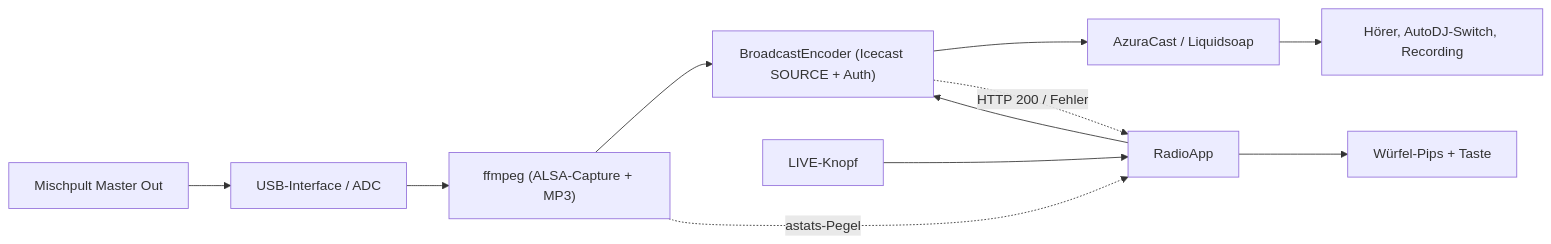
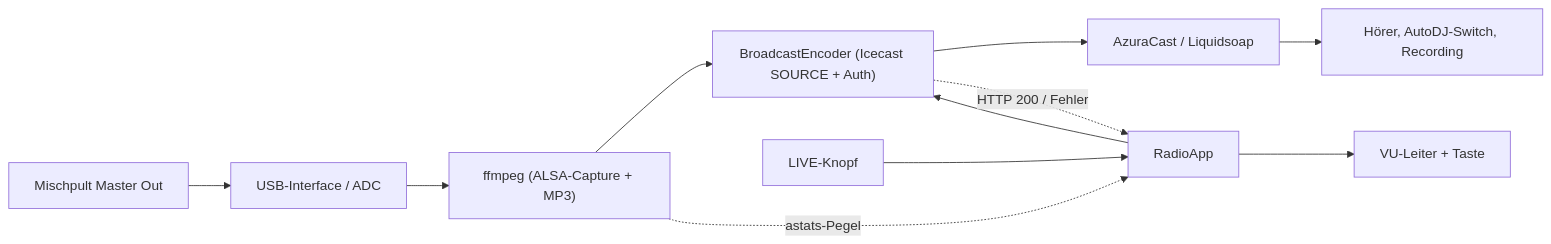
One commit to momokli/castcorder changed the first of 2 diagrams in README.md. Above: the diagram before and after it, drawn with Mermaid. The commit also changed other lines of this file and 77 other files, not shown here.

````diff
--- a/README.md
+++ b/README.md
@@ -216,13 +217,13 @@
 ```mermaid
 flowchart LR
     M["Mischpult Master Out"] --> A["USB-Interface / ADC"]
     A --> F["ffmpeg (ALSA-Capture + MP3)"]
     F --> E["BroadcastEncoder (Icecast SOURCE + Auth)"]
     E --> Z["AzuraCast / Liquidsoap"]
     Z --> L["Hörer, AutoDJ-Switch, Recording"]
     B["LIVE-Knopf"] --> S["RadioApp"]
     S --> E
     E -.->|HTTP 200 / Fehler| S
     F -.->|astats-Pegel| S
-    S --> P["Würfel-Pips + Taste"]
+    S --> P["VU-Leiter + Taste"]
 ```
````
